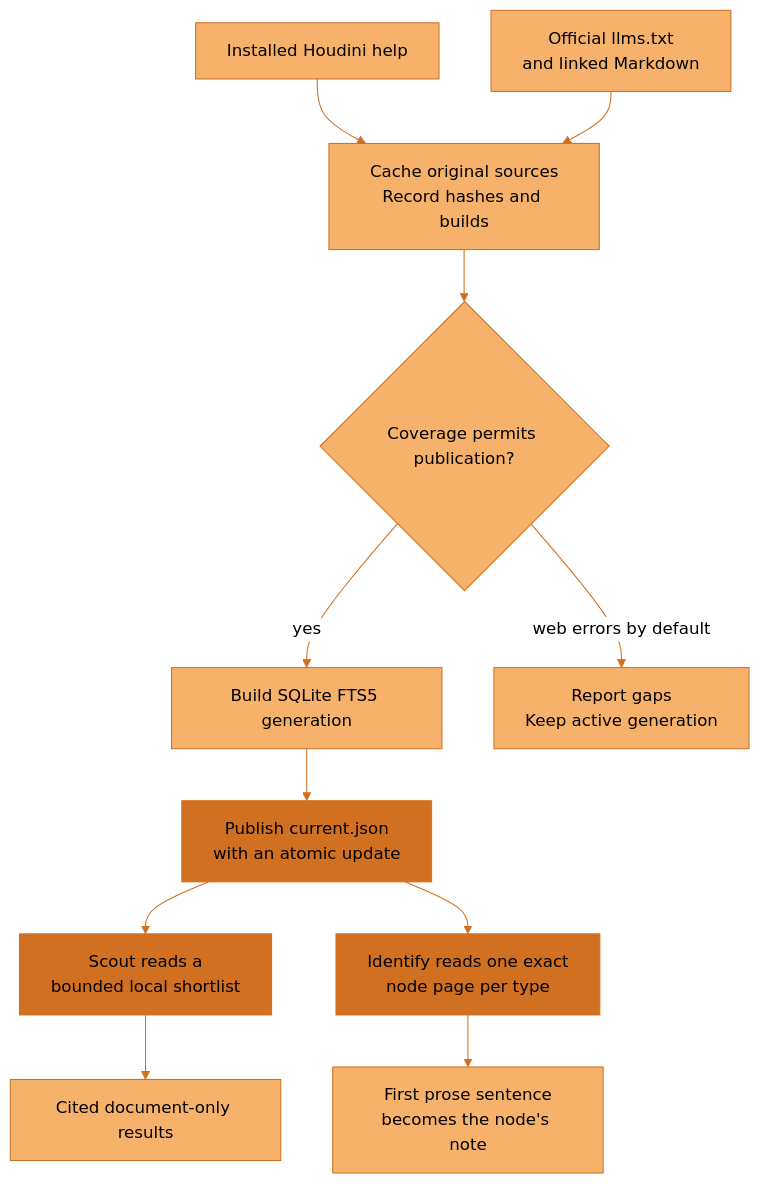
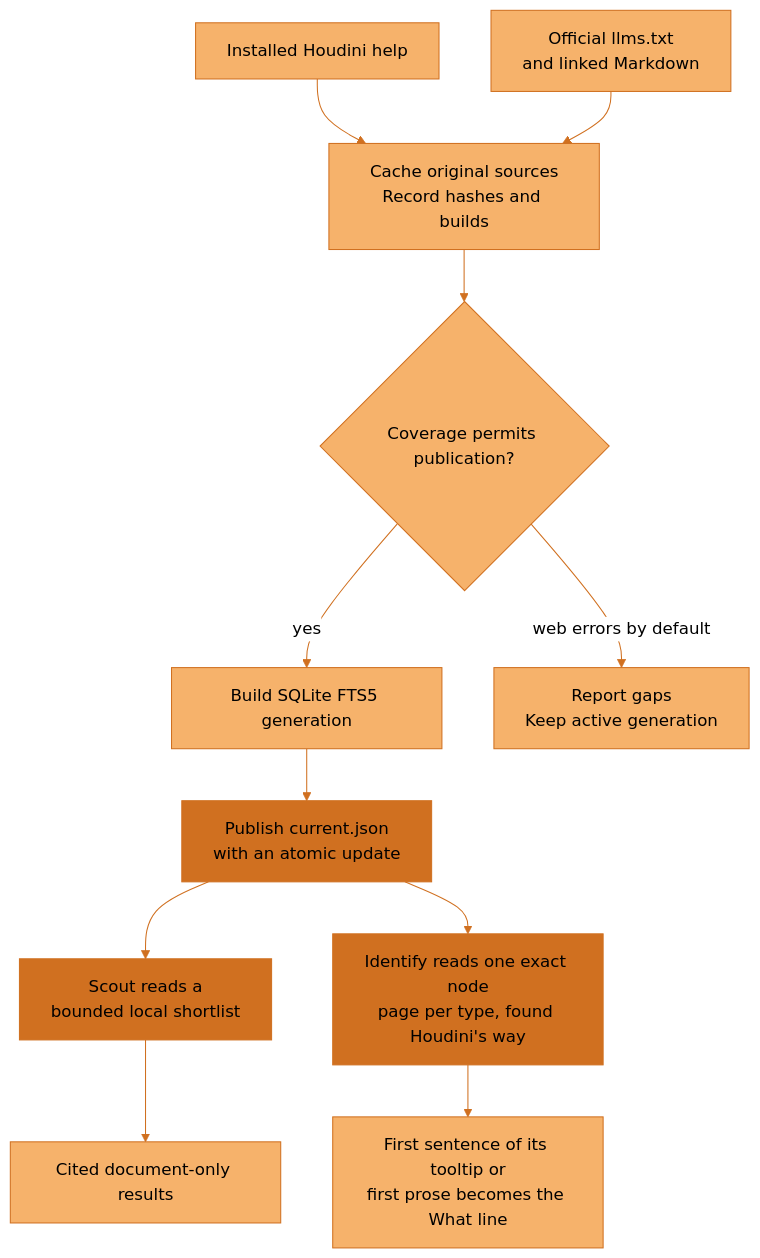
Before and after one commit to JosephOIbrahim/Synapse: the diagram in docs/studio/SIDEFX_LIBRARY.md, drawn with Mermaid (neutral theme). The commit also changed 16 other files, not shown here.

````diff
--- a/docs/studio/SIDEFX_LIBRARY.md
+++ b/docs/studio/SIDEFX_LIBRARY.md
@@ -15,19 +15,19 @@
 ```mermaid
 flowchart TD
     accTitle: Build the SideFX library once, query the published index locally
-    accDescr: Installed help and the official Markdown index feed a resumable cache. A coverage check protects publication. A new SQLite generation becomes active through an atomic pointer. Scout reads a bounded shortlist, and Identify reads one exact node page per type; runtime symbol checks remain separate.
+    accDescr: Installed help and the official Markdown index feed a resumable cache. A coverage check protects publication. A new SQLite generation becomes active through an atomic pointer. Scout reads a bounded shortlist, and Identify reads one exact node page per type, found the way Houdini's own help finds it, and takes the first sentence of its tooltip or first prose paragraph; runtime symbol checks remain separate.
     I["Installed Houdini help"] --> C["Cache original sources<br/>Record hashes and builds"]
     W["Official llms.txt<br/>and linked Markdown"] --> C
     C --> G{"Coverage permits publication?"}
     G -->|"yes"| B["Build SQLite FTS5 generation"]
     G -->|"web errors by default"| E["Report gaps<br/>Keep active generation"]
     B --> P["Publish current.json<br/>with an atomic update"]
     P --> Q["Scout reads a<br/>bounded local shortlist"]
     Q --> R["Cited document-only results"]
-    P --> D["Identify reads one exact<br/>node page per type"]
-    D --> N["First prose sentence<br/>becomes the node's note"]
+    P --> D["Identify reads one exact node<br/>page per type, found Houdini's way"]
+    D --> N["First sentence of its tooltip or<br/>first prose becomes the What line"]
     classDef default fill:#F6B26B,stroke:#D07020,color:#000000
     classDef synapse fill:#D07020,stroke:#D07020,color:#000000
     class P,Q,D synapse
     linkStyle default stroke:#D07020
 ```
````
